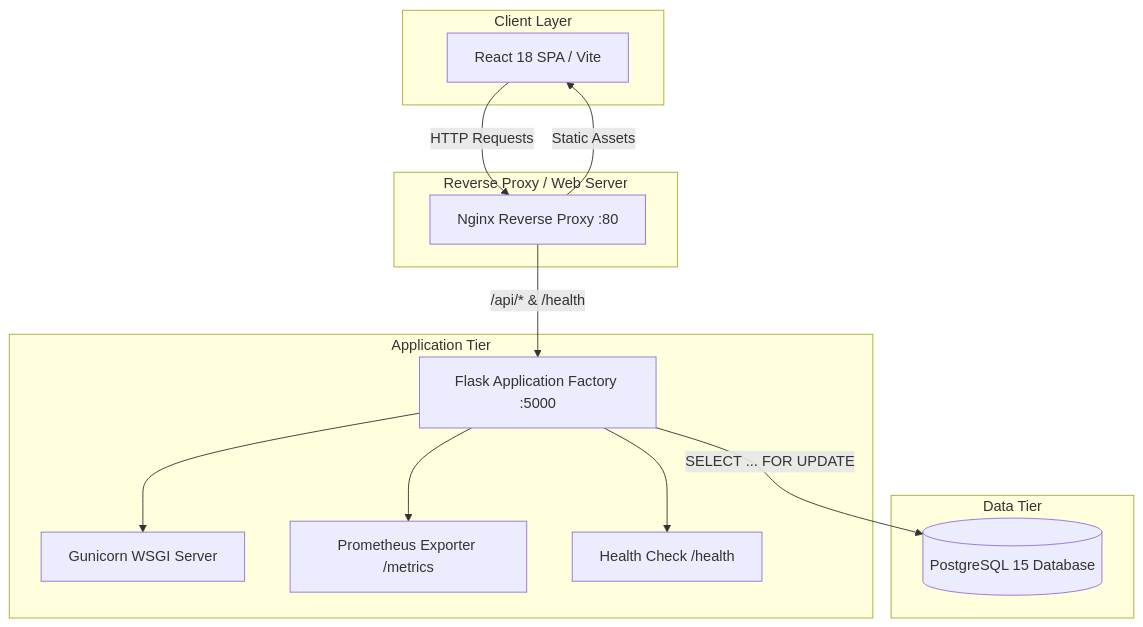
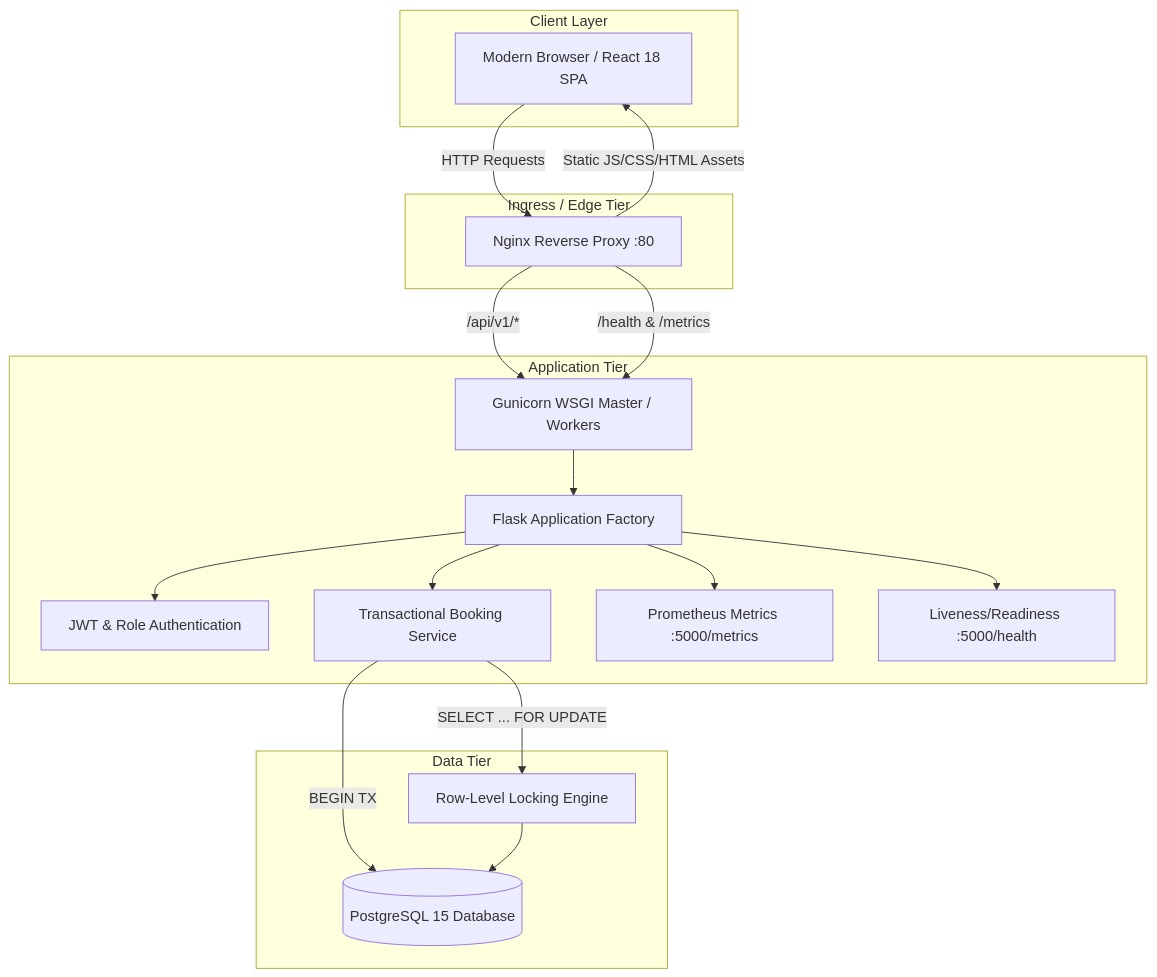
One commit to LonelyDreamer005/EventFlow changed the second of 3 diagrams in README.md. Above: the diagram before and after it, drawn with Mermaid. The commit also changed other lines of this file, not shown here.

Commit message:
docs: enrich README with complete architecture diagrams, file tree, API payloads, concurrency model, and FAQ

````diff
--- a/README.md
+++ b/README.md
@@ -117,29 +138,39 @@
 ```mermaid
 graph TB
     subgraph Client Layer
-        Browser[React 18 SPA / Vite]
+        Browser[Modern Browser / React 18 SPA]
     end
 
-    subgraph Reverse Proxy / Web Server
+    subgraph Ingress / Edge Tier
         Nginx[Nginx Reverse Proxy :80]
     end
 
     subgraph Application Tier
-        Gunicorn[Gunicorn WSGI Server]
-        Flask[Flask Application Factory :5000]
-        Metrics[Prometheus Exporter /metrics]
-        Health[Health Check /health]
+        Gunicorn[Gunicorn WSGI Master / Workers]
+        FlaskFactory[Flask Application Factory]
+        AuthModule[JWT & Role Authentication]
+        BookingEngine[Transactional Booking Service]
+        MetricsExporter[Prometheus Metrics :5000/metrics]
+        HealthCheck[Liveness/Readiness :5000/health]
     end
 
     subgraph Data Tier
         Postgres[(PostgreSQL 15 Database)]
+        RowLock[Row-Level Locking Engine]
     end
 
     Browser -->|HTTP Requests| Nginx
-    Nginx -->|/api/* & /health| Flask
-    Nginx -->|Static Assets| Browser
-    Flask --> Gunicorn
-    Flask -->|SELECT ... FOR UPDATE| Postgres
-    Flask --> Metrics
-    Flask --> Health
+    Nginx -->|/api/v1/*| Gunicorn
+    Nginx -->|/health & /metrics| Gunicorn
+    Nginx -->|Static JS/CSS/HTML Assets| Browser
+
+    Gunicorn --> FlaskFactory
+    FlaskFactory --> AuthModule
+    FlaskFactory --> BookingEngine
+    FlaskFactory --> MetricsExporter
+    FlaskFactory --> HealthCheck
+
+    BookingEngine -->|BEGIN TX| Postgres
+    BookingEngine -->|SELECT ... FOR UPDATE| RowLock
+    RowLock --> Postgres
 ```
````
